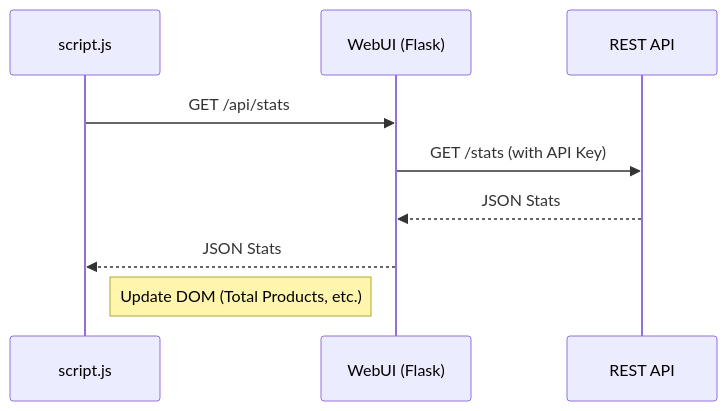
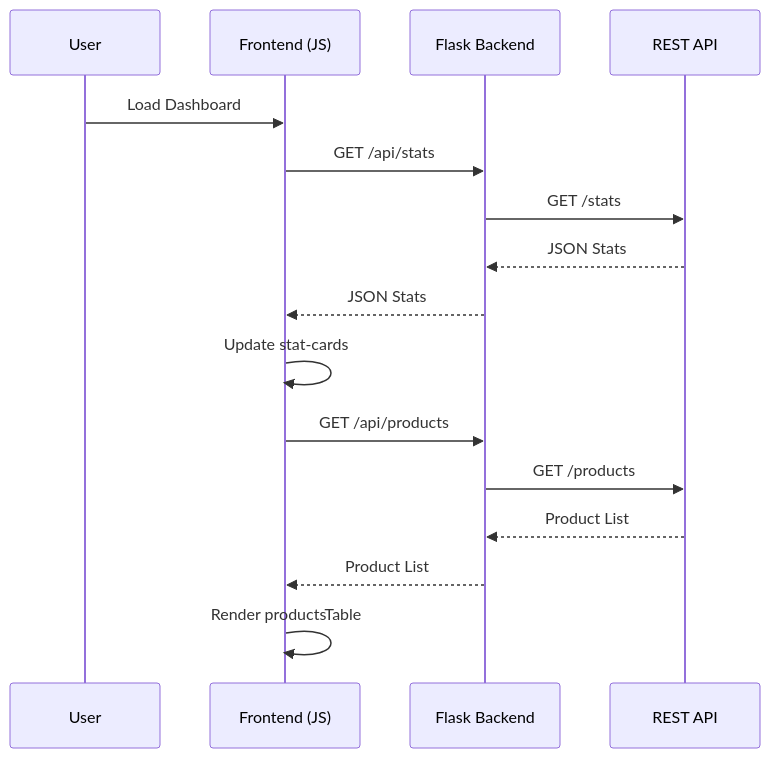
One commit to Avkroken/Produkter changed the second of 2 diagrams in .cubic/wiki/05-section-frontend/01-frontend-overview.md. Above: the diagram before and after it, drawn with Mermaid. The commit also changed other lines of this file and 46 other files, not shown here.

````diff
--- a/.cubic/wiki/05-section-frontend/01-frontend-overview.md
+++ b/.cubic/wiki/05-section-frontend/01-frontend-overview.md
@@ -77,11 +85,18 @@
 ```mermaid
 sequenceDiagram
-    participant JS as script.js
-    participant UI as WebUI (Flask)
-    participant API as REST API
-    JS->>UI: GET /api/stats
-    UI->>API: GET /stats (with API Key)
-    API-->>UI: JSON Stats
-    UI-->>JS: JSON Stats
-    Note right of JS: Update DOM (Total Products, etc.)
+    participant U as User
+    participant F as Frontend (JS)
+    participant B as Flask Backend
+    participant A as REST API
+    U->>F: Load Dashboard
+    F->>B: GET /api/stats
+    B->>A: GET /stats
+    A-->>B: JSON Stats
+    B-->>F: JSON Stats
+    F->>F: Update stat-cards
+    F->>B: GET /api/products
+    B->>A: GET /products
+    A-->>B: Product List
+    B-->>F: Product List
+    F->>F: Render productsTable
 ```
````
